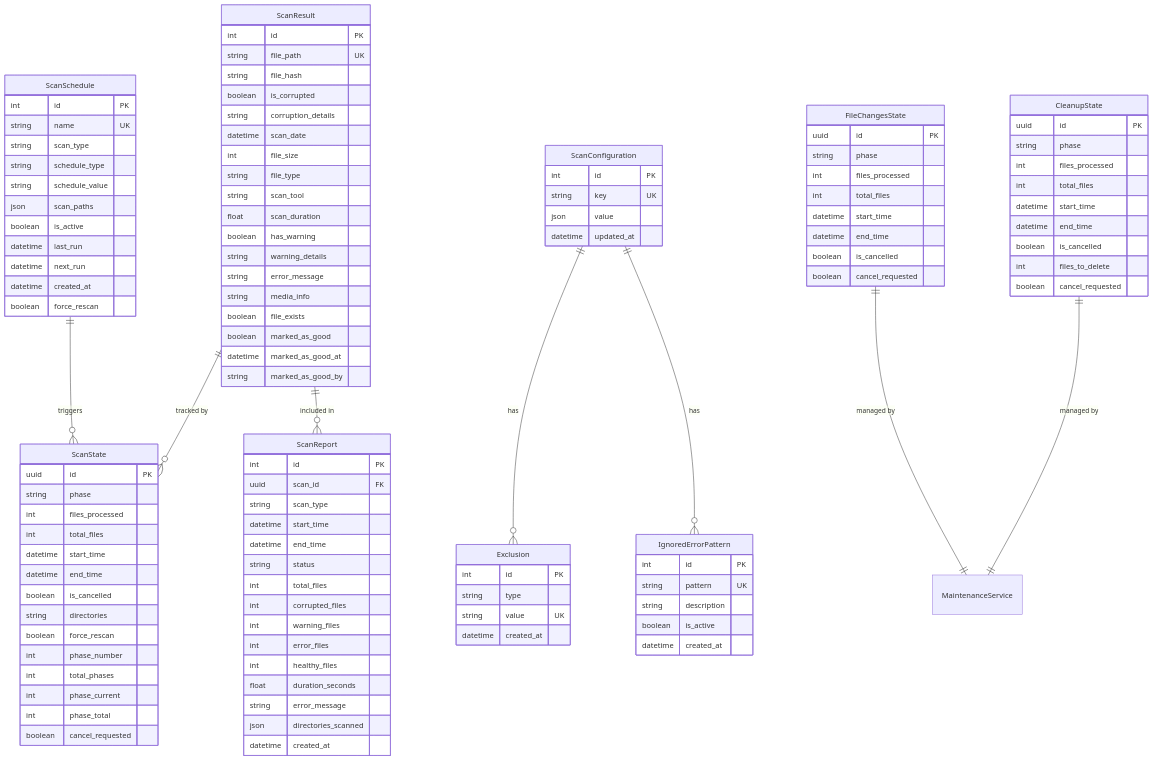
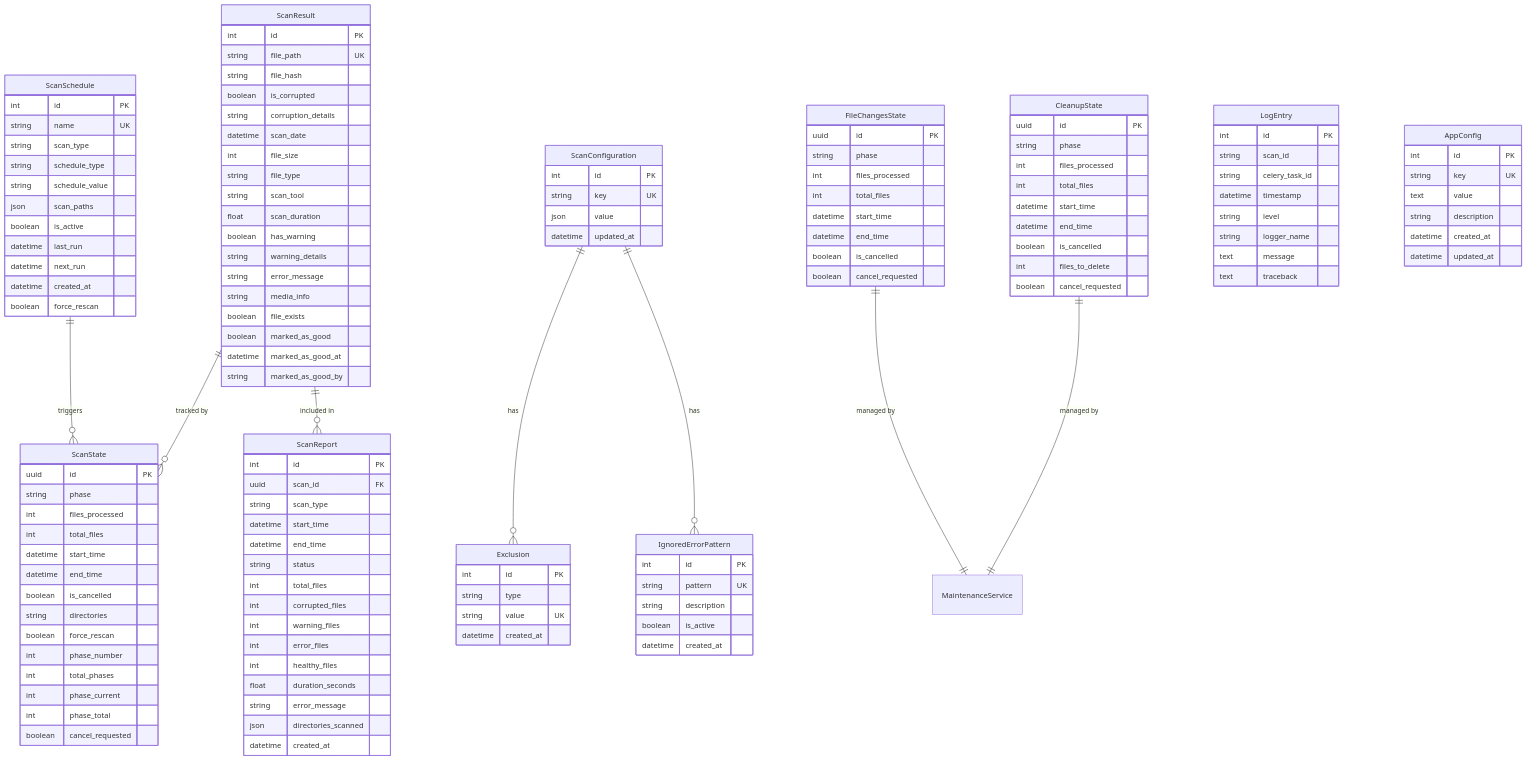
The diagram in docs/developer/database-schema.md (ttlequals0/PixelProbe), drawn with Mermaid before and after one commit. The commit also changed other lines of this file and 26 other files, not shown here.

````diff
--- a/docs/developer/database-schema.md
+++ b/docs/developer/database-schema.md
@@ -130,4 +130,24 @@
         boolean is_cancelled
         boolean cancel_requested
     }
+
+    LogEntry {
+        int id PK
+        string scan_id
+        string celery_task_id
+        datetime timestamp
+        string level
+        string logger_name
+        text message
+        text traceback
+    }
+
+    AppConfig {
+        int id PK
+        string key UK
+        text value
+        string description
+        datetime created_at
+        datetime updated_at
+    }
 ```
````
